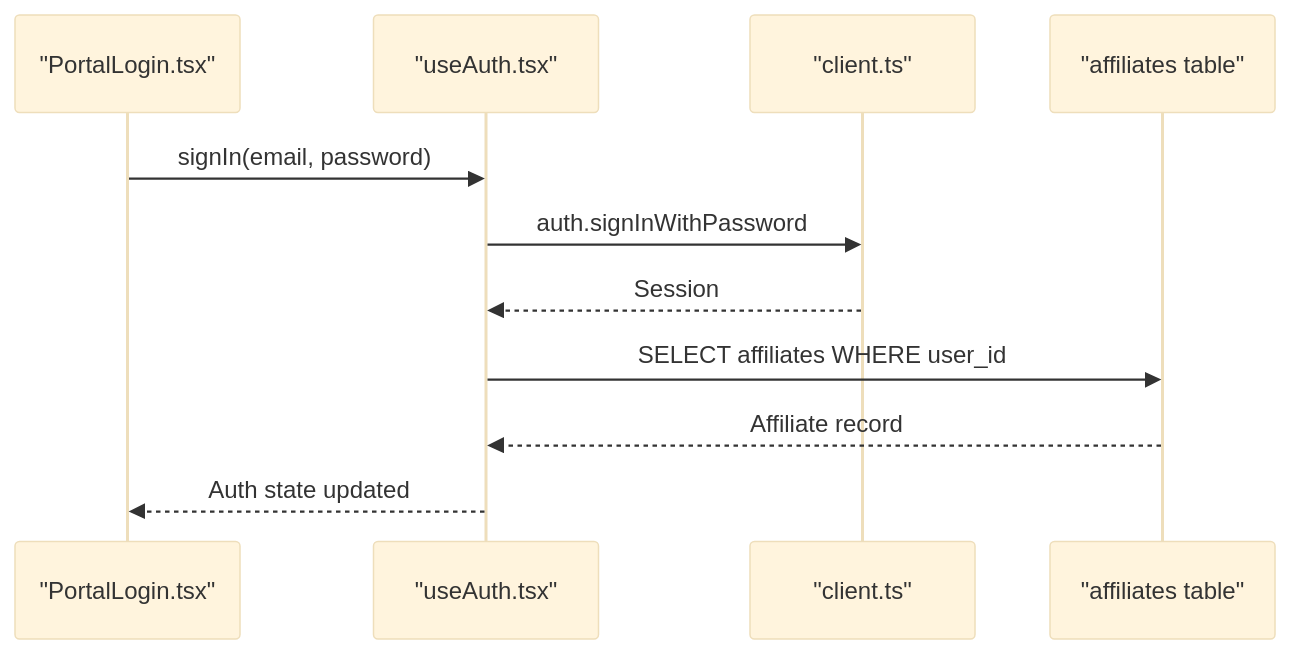
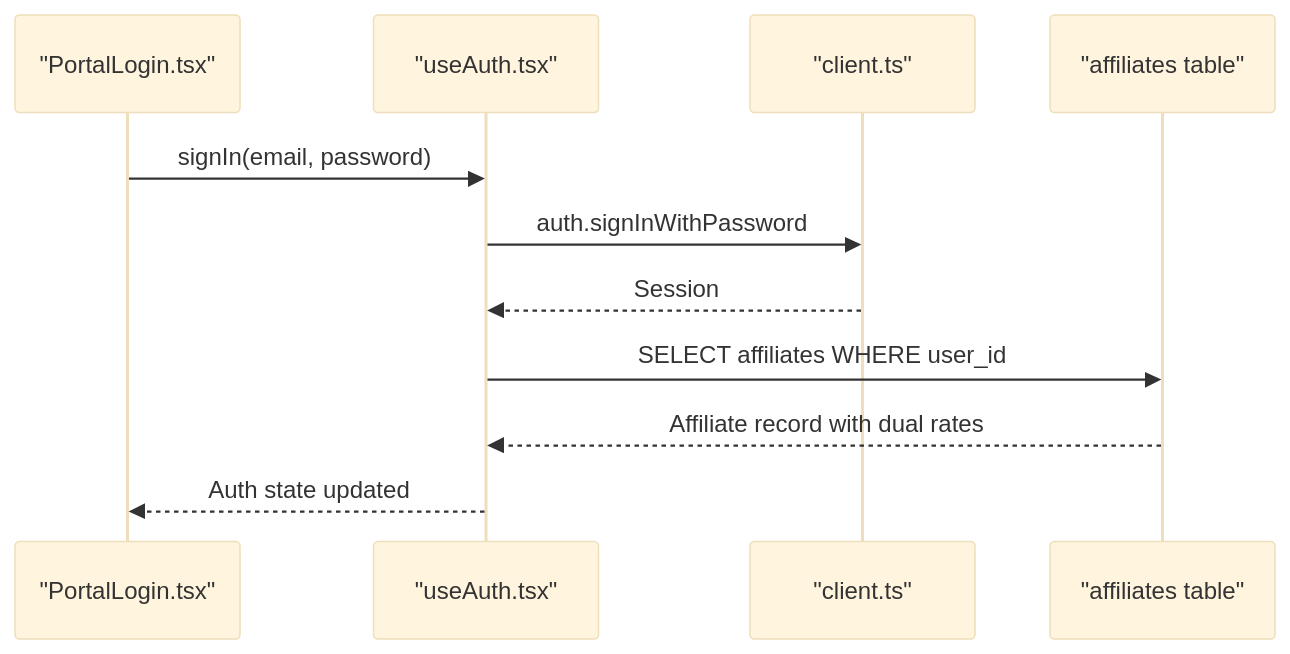
The third of 13 diagrams in .qoder/repowiki/en/content/Data Layer & Supabase Integration.md (Hawky1/ryland), drawn with Mermaid (base theme) before and after one commit. The commit also changed other lines of this file and 15 other files, not shown here.

````diff
--- a/.qoder/repowiki/en/content/Data Layer & Supabase Integration.md
+++ b/.qoder/repowiki/en/content/Data Layer & Supabase Integration.md
@@ -316,13 +339,13 @@
 ```mermaid
 sequenceDiagram
 participant Page as "PortalLogin.tsx"
 participant Auth as "useAuth.tsx"
 participant Client as "client.ts"
 participant DB as "affiliates table"
 Page->>Auth : signIn(email, password)
 Auth->>Client : auth.signInWithPassword
 Client-->>Auth : Session
 Auth->>DB : SELECT affiliates WHERE user_id
-DB-->>Auth : Affiliate record
+DB-->>Auth : Affiliate record with dual rates
 Auth-->>Page : Auth state updated
 ```
````
